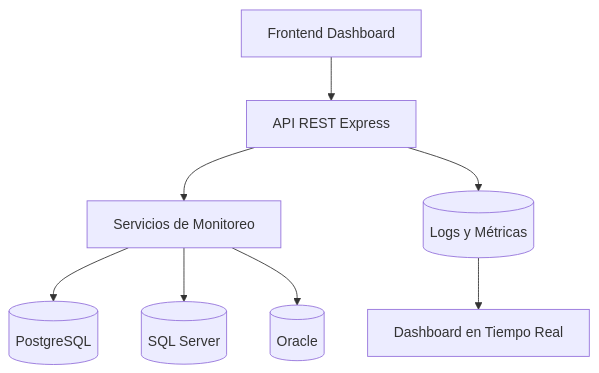
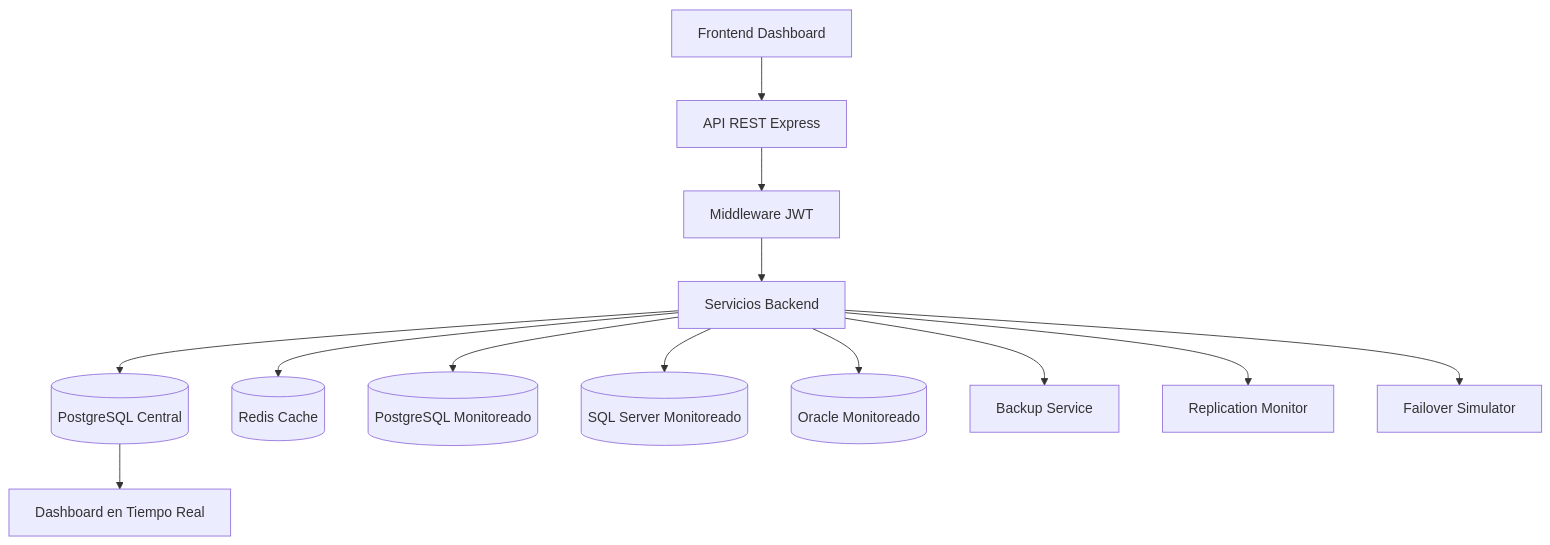
Before and after one commit to efernandelcid/DataOps-Control-Center: the diagram in README.md, drawn with Mermaid. The commit also changed other lines of this file, not shown here.

````diff
--- a/README.md
+++ b/README.md
@@ -133,11 +105,15 @@
 ```mermaid
 graph TD
-
-A[Frontend Dashboard] --> B[API REST Express]
-B --> C[Servicios de Monitoreo]
-C --> D[(PostgreSQL)]
-C --> E[(SQL Server)]
-C --> F[(Oracle)]
-B --> G[(Logs y Métricas)]
-G --> H[Dashboard en Tiempo Real]
+    A[Frontend Dashboard] --> B[API REST Express]
+    B --> C[Middleware JWT]
+    C --> D[Servicios Backend]
+    D --> E[(PostgreSQL Central)]
+    D --> F[(Redis Cache)]
+    D --> G[(PostgreSQL Monitoreado)]
+    D --> H[(SQL Server Monitoreado)]
+    D --> I[(Oracle Monitoreado)]
+    D --> J[Backup Service]
+    D --> K[Replication Monitor]
+    D --> L[Failover Simulator]
+    E --> M[Dashboard en Tiempo Real]
 ```
````
